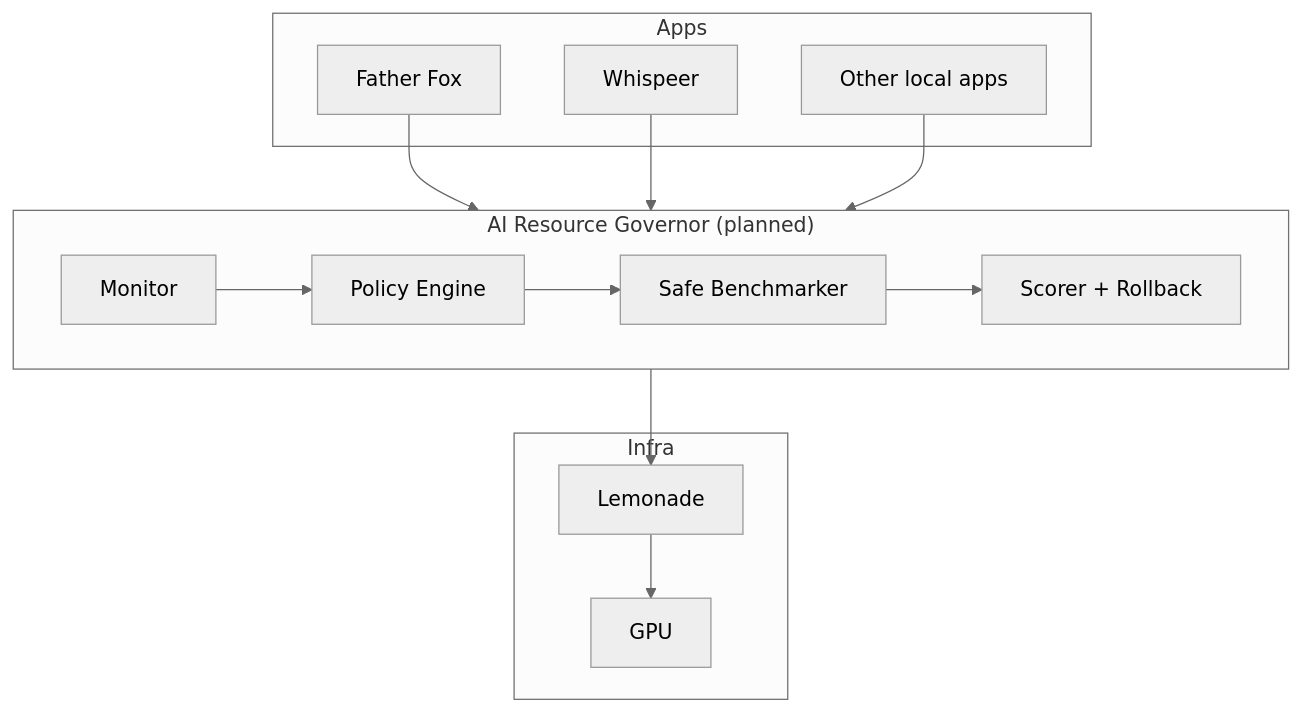
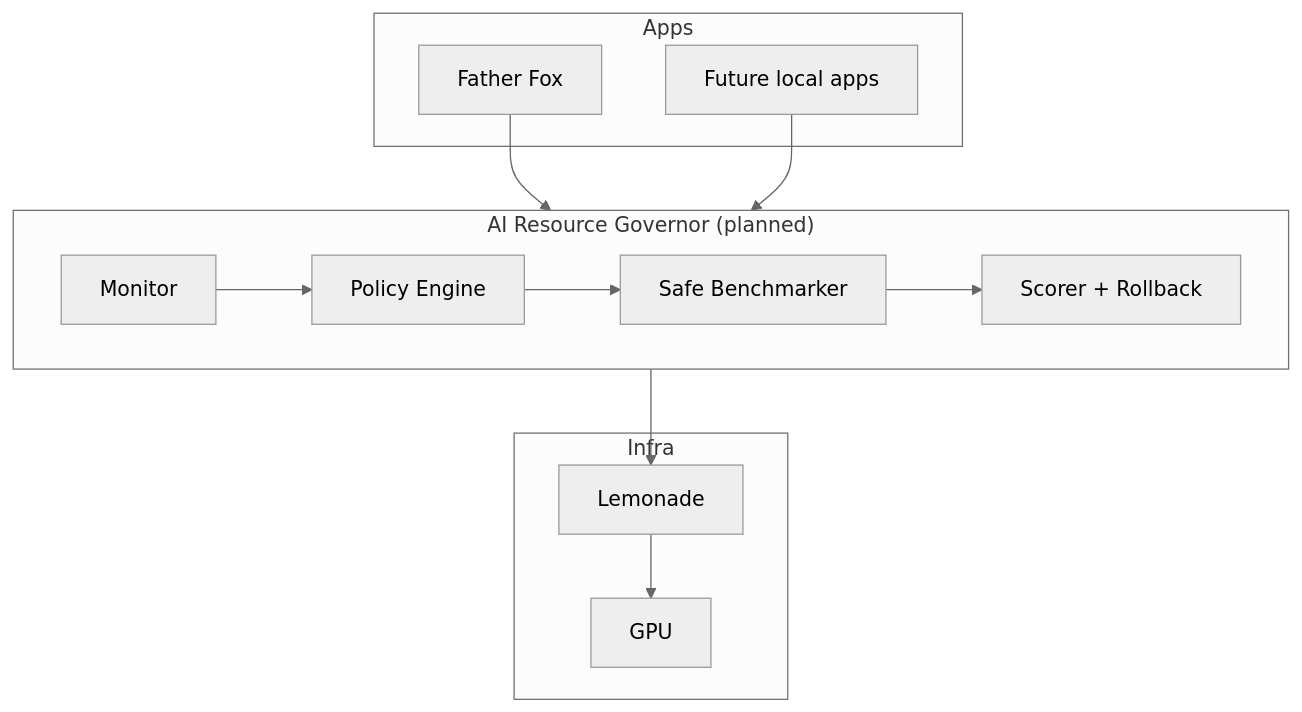
Before and after one commit to kayock/kayock-shared-local-ai: the diagram in governor/README.md, drawn with Mermaid (neutral theme). The commit also changed other lines of this file and 7 other files, not shown here.

````diff
--- a/governor/README.md
+++ b/governor/README.md
@@ -18,29 +18,27 @@
 ```mermaid
 flowchart TB
     subgraph Apps
         FF["Father Fox"]
-        WH["Whispeer"]
-        OT["Other local apps"]
+        OT["Future local apps"]
     end
 
     subgraph Governor["AI Resource Governor (planned)"]
         MON["Monitor"]
         POL["Policy Engine"]
         BENCH["Safe Benchmarker"]
         SCORE["Scorer + Rollback"]
     end
 
     subgraph Infra
         LM["Lemonade"]
         GPU["GPU"]
     end
 
     FF --> Governor
-    WH --> Governor
     OT --> Governor
     Governor --> LM
     LM --> GPU
     MON --> POL
     POL --> BENCH
     BENCH --> SCORE
 ```
````
